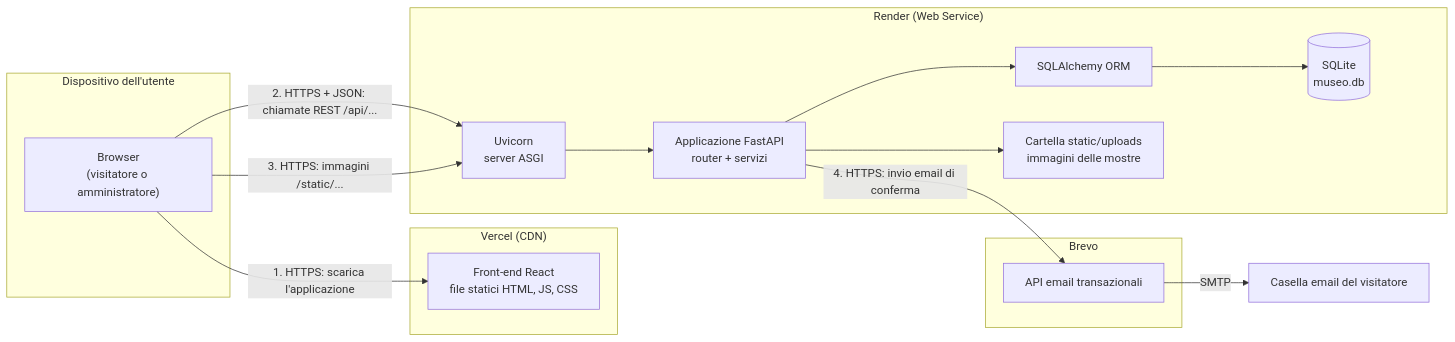
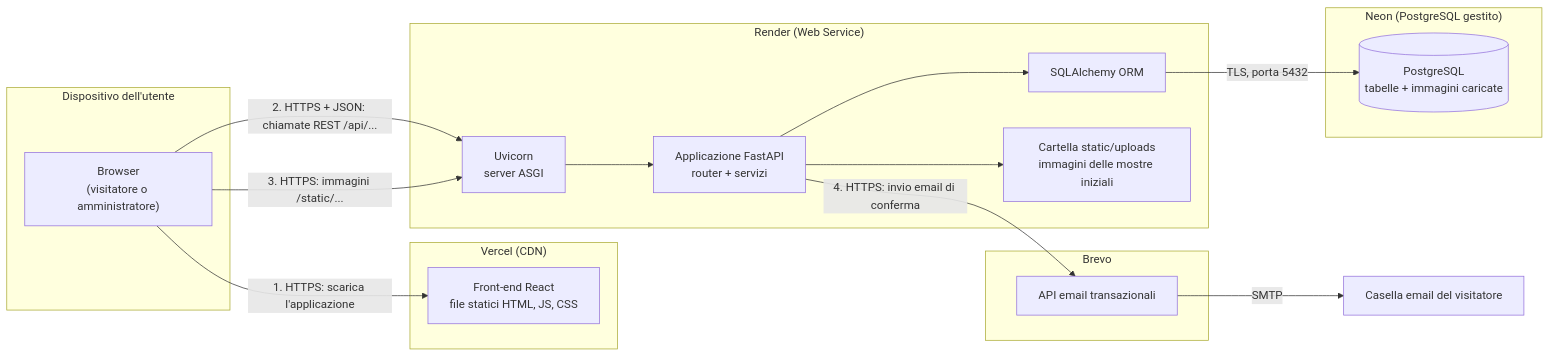
One commit to reverserob/museo-digitale-pw changed the first of 7 diagrams in DOCUMENTATION.md. Above: the diagram before and after it, drawn with Mermaid. The commit also changed other lines of this file and 24 other files, not shown here.

````diff
--- a/DOCUMENTATION.md
+++ b/DOCUMENTATION.md
@@ -131,23 +132,26 @@
 ```mermaid
 flowchart LR
     subgraph Client["Dispositivo dell'utente"]
         B["Browser<br/>(visitatore o amministratore)"]
     end
     subgraph Vercel["Vercel (CDN)"]
         F["Front-end React<br/>file statici HTML, JS, CSS"]
     end
     subgraph Render["Render (Web Service)"]
         U["Uvicorn<br/>server ASGI"] --> A["Applicazione FastAPI<br/>router + servizi"]
         A --> O["SQLAlchemy ORM"]
-        O --> D[("SQLite<br/>museo.db")]
-        A --> S["Cartella static/uploads<br/>immagini delle mostre"]
+        A --> S["Cartella static/uploads<br/>immagini delle mostre iniziali"]
     end
+    subgraph Neon["Neon (PostgreSQL gestito)"]
+        D[("PostgreSQL<br/>tabelle + immagini caricate")]
+    end
+    O -- "TLS, porta 5432" --> D
     subgraph Brevo["Brevo"]
         M["API email transazionali"]
     end
     B -- "1. HTTPS: scarica l'applicazione" --> F
     B -- "2. HTTPS + JSON: chiamate REST /api/..." --> U
     B -- "3. HTTPS: immagini /static/..." --> U
     A -- "4. HTTPS: invio email di conferma" --> M
     M -- "SMTP" --> E["Casella email del visitatore"]
 ```
````
